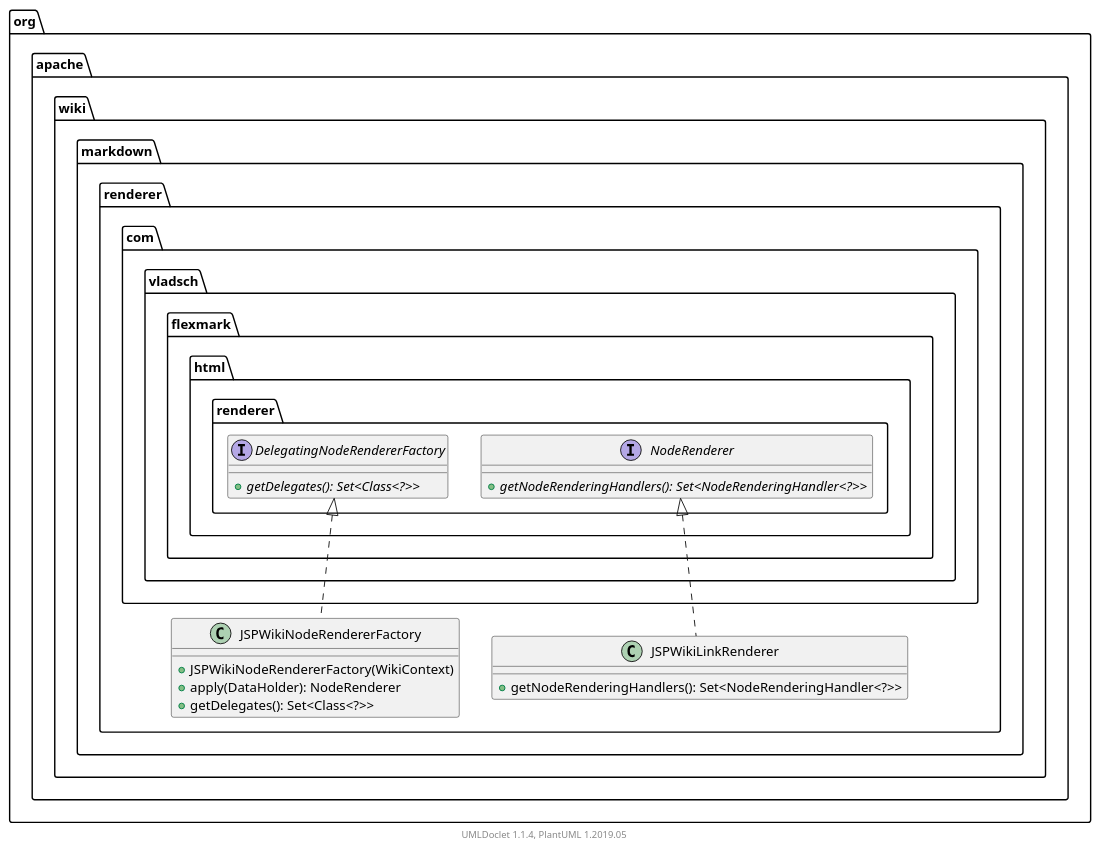
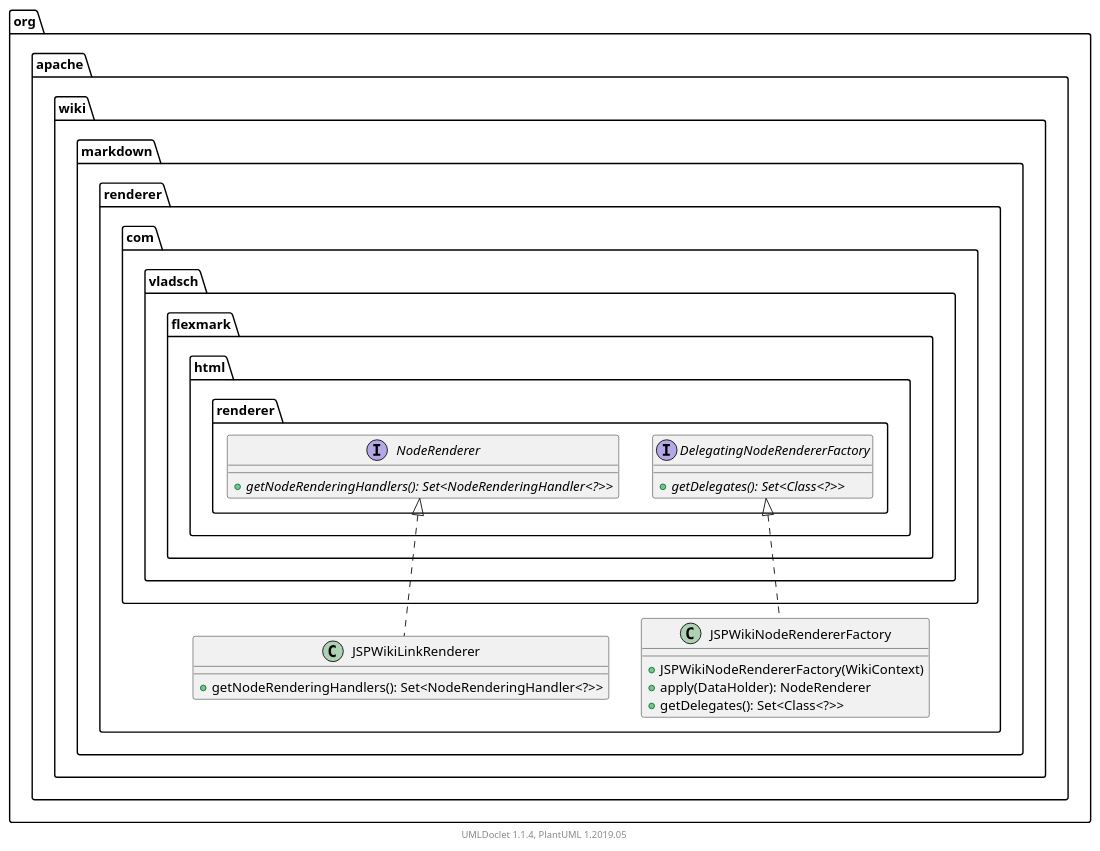
Before and after one commit to apache/jspwiki-site: the diagram in apidocs/2.11.0.M7-SNAPSHOT/org/apache/wiki/markdown/renderer/package.puml, drawn with PlantUML. The commit also changed other lines of this file and 1589 other files, not shown here.

```diff
--- a/apidocs/2.11.0.M7-SNAPSHOT/org/apache/wiki/markdown/renderer/package.puml
+++ b/apidocs/2.11.0.M7-SNAPSHOT/org/apache/wiki/markdown/renderer/package.puml
@@ -1,29 +1,29 @@
 @startuml
 
     namespace org.apache.wiki.markdown.renderer {
+
+        class JSPWikiLinkRenderer [[JSPWikiLinkRenderer.html]] {
+            +getNodeRenderingHandlers(): Set<NodeRenderingHandler<?>>
+        }
 
         class JSPWikiNodeRendererFactory [[JSPWikiNodeRendererFactory.html]] {
             +JSPWikiNodeRendererFactory(WikiContext)
             +apply(DataHolder): NodeRenderer
             +getDelegates(): Set<Class<?>>
         }
 
-        class JSPWikiLinkRenderer [[JSPWikiLinkRenderer.html]] {
-            +getNodeRenderingHandlers(): Set<NodeRenderingHandler<?>>
+        interface com.vladsch.flexmark.html.renderer.NodeRenderer {
+            {abstract} +getNodeRenderingHandlers(): Set<NodeRenderingHandler<?>>
         }
+        com.vladsch.flexmark.html.renderer.NodeRenderer <|.. JSPWikiLinkRenderer
 
         interface com.vladsch.flexmark.html.renderer.DelegatingNodeRendererFactory {
             {abstract} +getDelegates(): Set<Class<?>>
         }
         com.vladsch.flexmark.html.renderer.DelegatingNodeRendererFactory <|.. JSPWikiNodeRendererFactory
 
-        interface com.vladsch.flexmark.html.renderer.NodeRenderer {
-            {abstract} +getNodeRenderingHandlers(): Set<NodeRenderingHandler<?>>
-        }
-        com.vladsch.flexmark.html.renderer.NodeRenderer <|.. JSPWikiLinkRenderer
-
     }
 
 
     center footer UMLDoclet 1.1.4, PlantUML 1.2019.05
 @enduml
```
